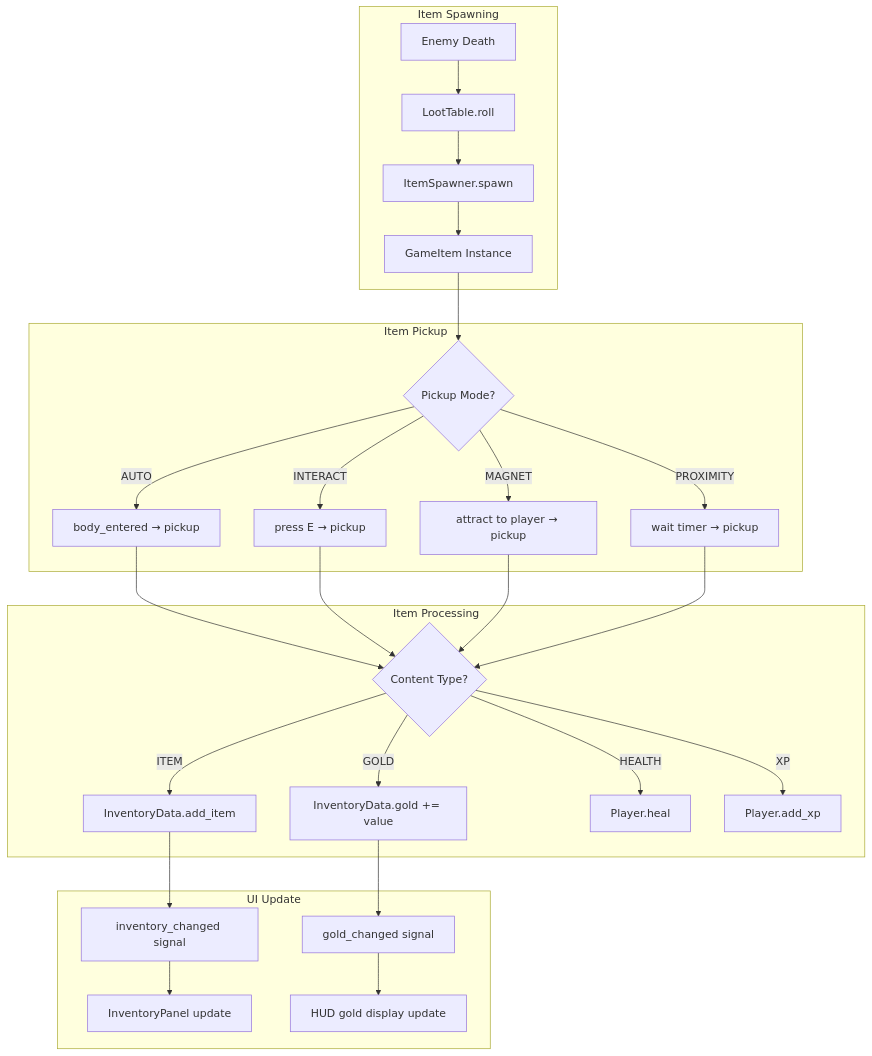
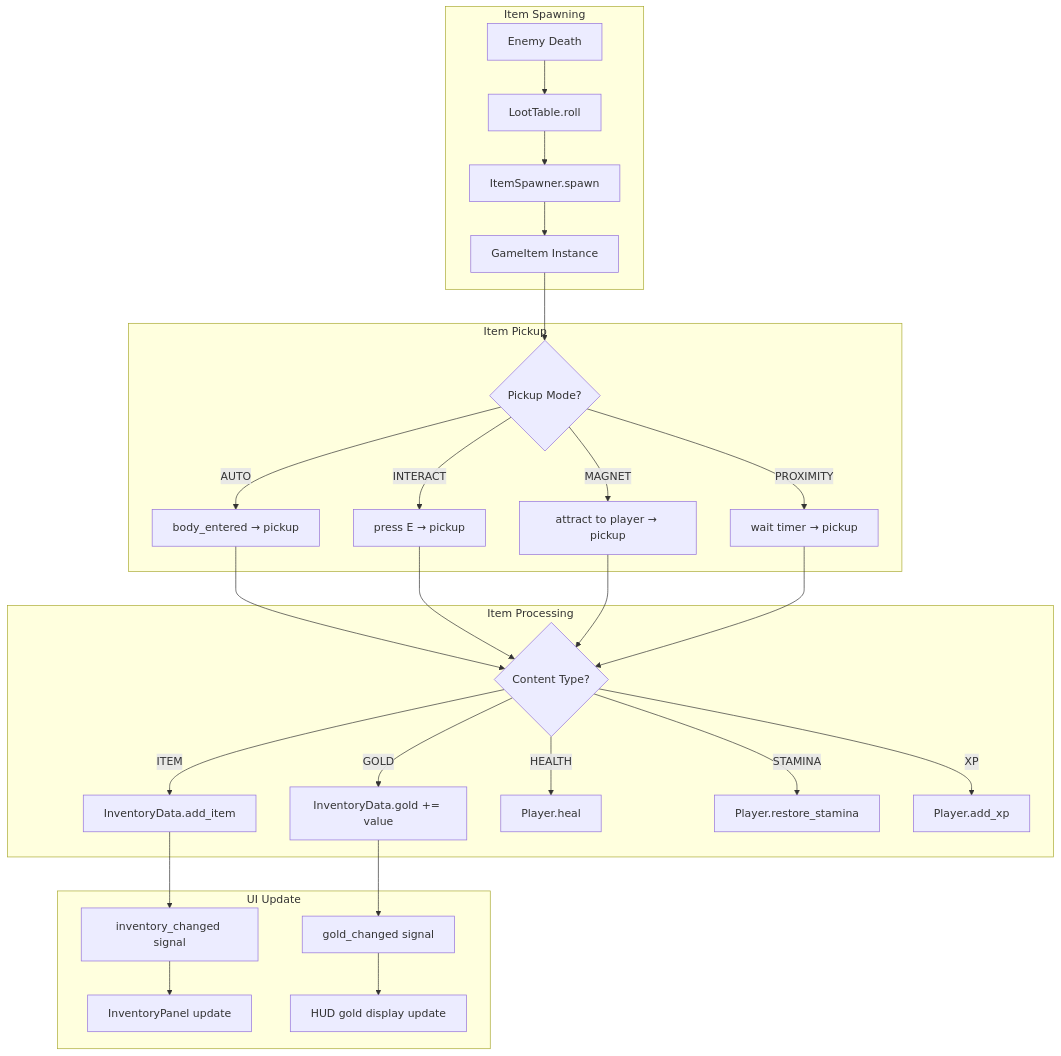
The fourth of 9 diagrams in docs/architecture.md (HauTranCong/emberfield), drawn with Mermaid before and after one commit. The commit also changed other lines of this file and 6 other files, not shown here.

````diff
--- a/docs/architecture.md
+++ b/docs/architecture.md
@@ -329,31 +730,32 @@
 ```mermaid
 flowchart TD
     subgraph Spawn["Item Spawning"]
         A[Enemy Death] --> B[LootTable.roll]
         B --> C[ItemSpawner.spawn]
         C --> D[GameItem Instance]
     end
     
     subgraph Pickup["Item Pickup"]
         D --> E{Pickup Mode?}
         E -->|AUTO| F[body_entered → pickup]
         E -->|INTERACT| G[press E → pickup]
         E -->|MAGNET| H[attract to player → pickup]
         E -->|PROXIMITY| I[wait timer → pickup]
     end
     
     subgraph Process["Item Processing"]
         F & G & H & I --> J{Content Type?}
         J -->|ITEM| K[InventoryData.add_item]
         J -->|GOLD| L[InventoryData.gold += value]
         J -->|HEALTH| M[Player.heal]
-        J -->|XP| N[Player.add_xp]
+        J -->|STAMINA| N[Player.restore_stamina]
+        J -->|XP| O[Player.add_xp]
     end
     
     subgraph UI["UI Update"]
-        K --> O[inventory_changed signal]
-        L --> P[gold_changed signal]
-        O --> Q[InventoryPanel update]
-        P --> R[HUD gold display update]
+        K --> P[inventory_changed signal]
+        L --> Q[gold_changed signal]
+        P --> R[InventoryPanel update]
+        Q --> S[HUD gold display update]
     end
 ```
````
